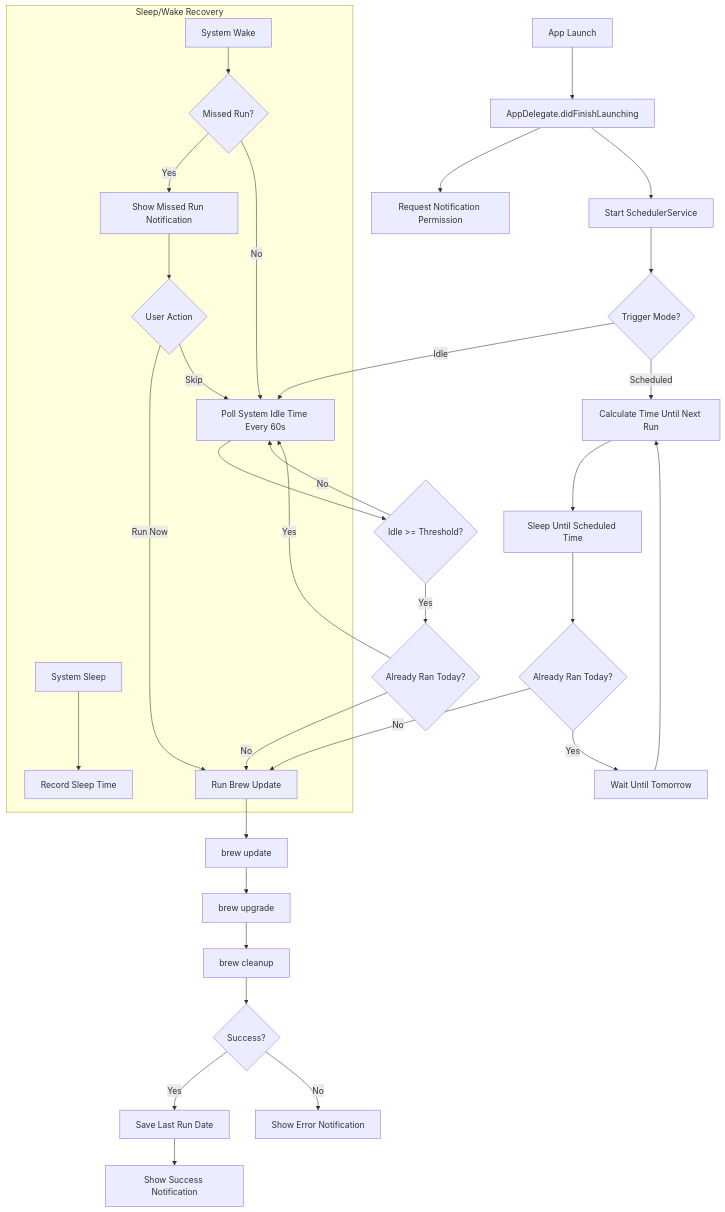
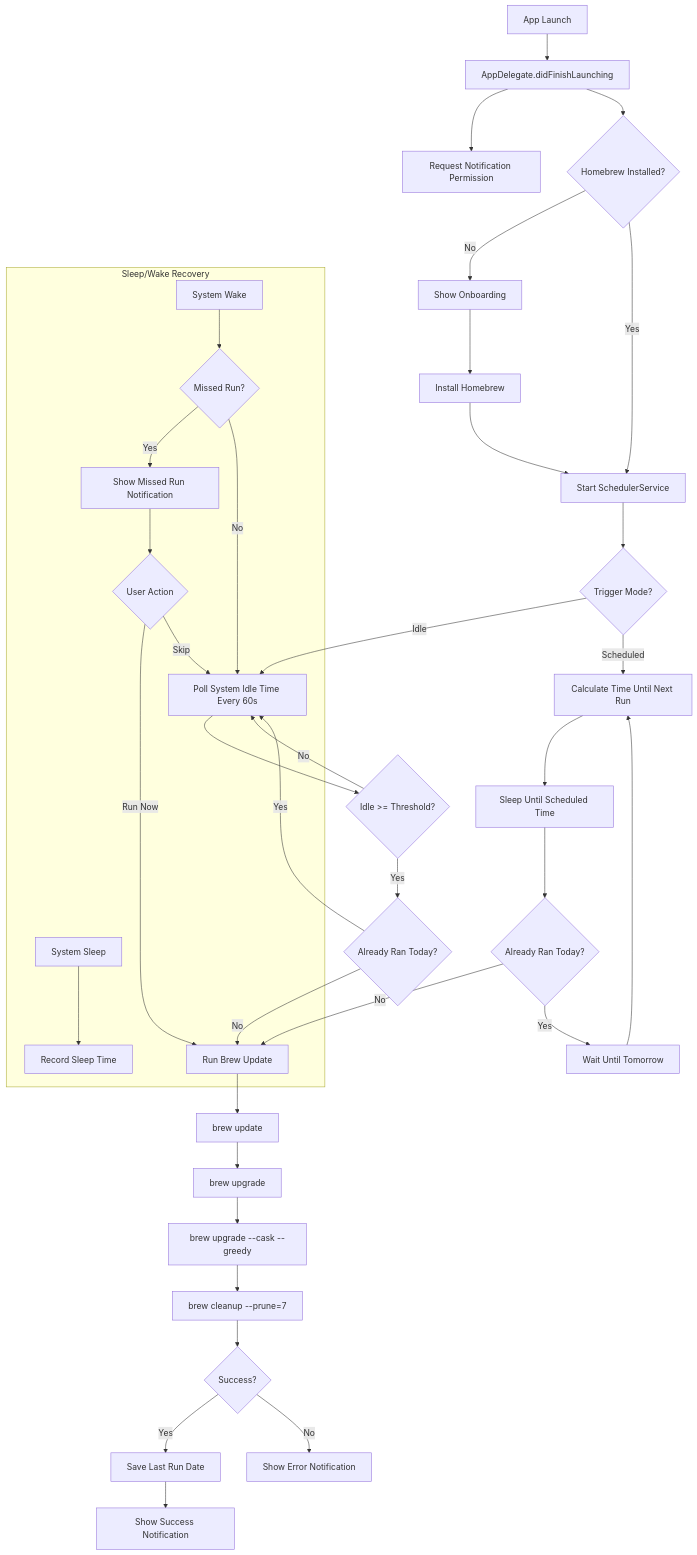
Before and after one commit to marcelrgberger/auto-brew: the second of 3 diagrams in README.md, drawn with Mermaid. The commit also changed other lines of this file and 1 other file, not shown here.

Commit message:
fix minor bug

````diff
--- a/README.md
+++ b/README.md
@@ -147,42 +168,49 @@
 ```mermaid
 flowchart TD
     A[App Launch] --> B[AppDelegate.didFinishLaunching]
     B --> C[Request Notification Permission]
-    B --> D[Start SchedulerService]
-    D --> E{Trigger Mode?}
+    B --> D{Homebrew Installed?}
 
-    E -->|Idle| F[Poll System Idle Time Every 60s]
-    E -->|Scheduled| G[Calculate Time Until Next Run]
+    D -->|No| E[Show Onboarding]
+    E --> F[Install Homebrew]
+    F --> G[Start SchedulerService]
+    D -->|Yes| G
 
-    F --> H{Idle >= Threshold?}
-    H -->|No| F
-    H -->|Yes| I{Already Ran Today?}
-    I -->|Yes| F
-    I -->|No| J[Run Brew Update]
+    G --> H{Trigger Mode?}
 
-    G --> K[Sleep Until Scheduled Time]
-    K --> L{Already Ran Today?}
-    L -->|Yes| M[Wait Until Tomorrow]
-    L -->|No| J
-    M --> G
+    H -->|Idle| I[Poll System Idle Time Every 60s]
+    H -->|Scheduled| J[Calculate Time Until Next Run]
 
-    J --> N[brew update]
-    N --> O[brew upgrade]
-    O --> P[brew cleanup]
-    P --> Q{Success?}
+    I --> K{Idle >= Threshold?}
+    K -->|No| I
+    K -->|Yes| L{Already Ran Today?}
+    L -->|Yes| I
+    L -->|No| M[Run Brew Update]
 
-    Q -->|Yes| R[Save Last Run Date]
-    R --> S[Show Success Notification]
+    J --> N[Sleep Until Scheduled Time]
+    N --> O{Already Ran Today?}
+    O -->|Yes| P[Wait Until Tomorrow]
+    O -->|No| M
+    P --> J
 
-    Q -->|No| T[Show Error Notification]
+    M --> Q[brew update]
+    Q --> R[brew upgrade]
+    R --> S[brew upgrade --cask --greedy]
+    S --> T[brew cleanup --prune=7]
+    T --> U{Success?}
+
+    U -->|Yes| V[Save Last Run Date]
+    V --> W[Show Success Notification]
+
+    U -->|No| X[Show Error Notification]
 
     subgraph Sleep/Wake Recovery
-        U[System Sleep] --> V[Record Sleep Time]
-        W[System Wake] --> X{Missed Run?}
-        X -->|Yes| Y[Show Missed Run Notification]
-        Y --> Z{User Action}
-        Z -->|Run Now| J
-        Z -->|Skip| F
-        X -->|No| F
+        Y[System Sleep] --> Z[Record Sleep Time]
+        AA[System Wake] --> AB{Missed Run?}
+        AB -->|Yes| AC[Show Missed Run Notification]
+        AC --> AD{User Action}
+        AD -->|Run Now| M
+        AD -->|Skip| I
+        AB -->|No| I
     end
 ```
````
